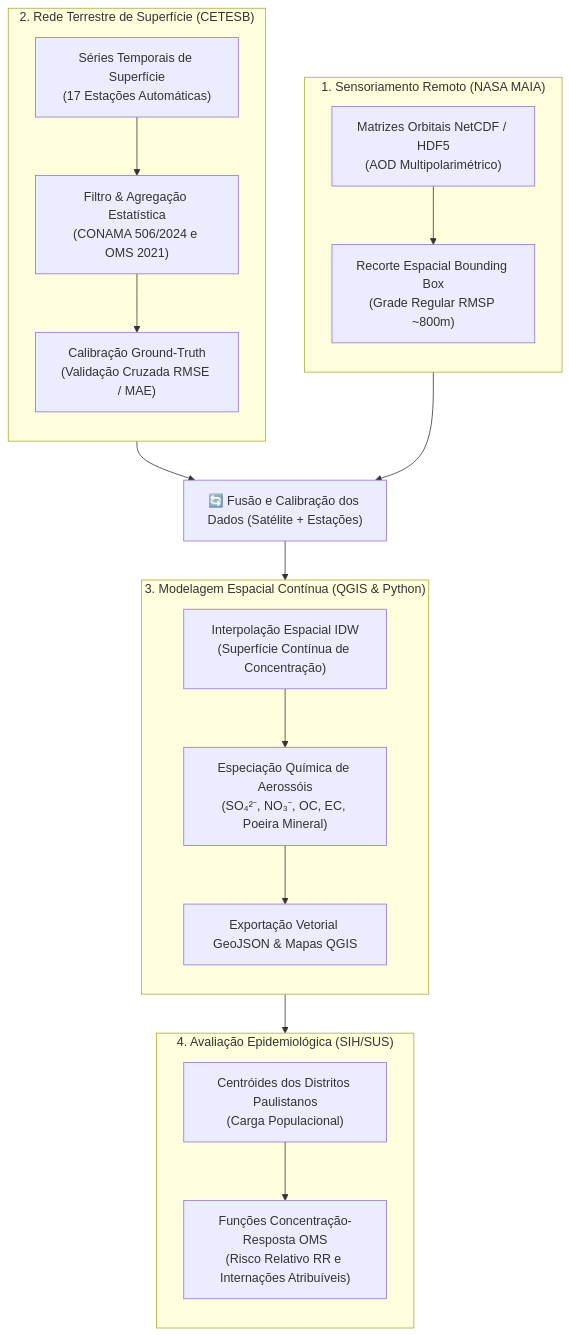
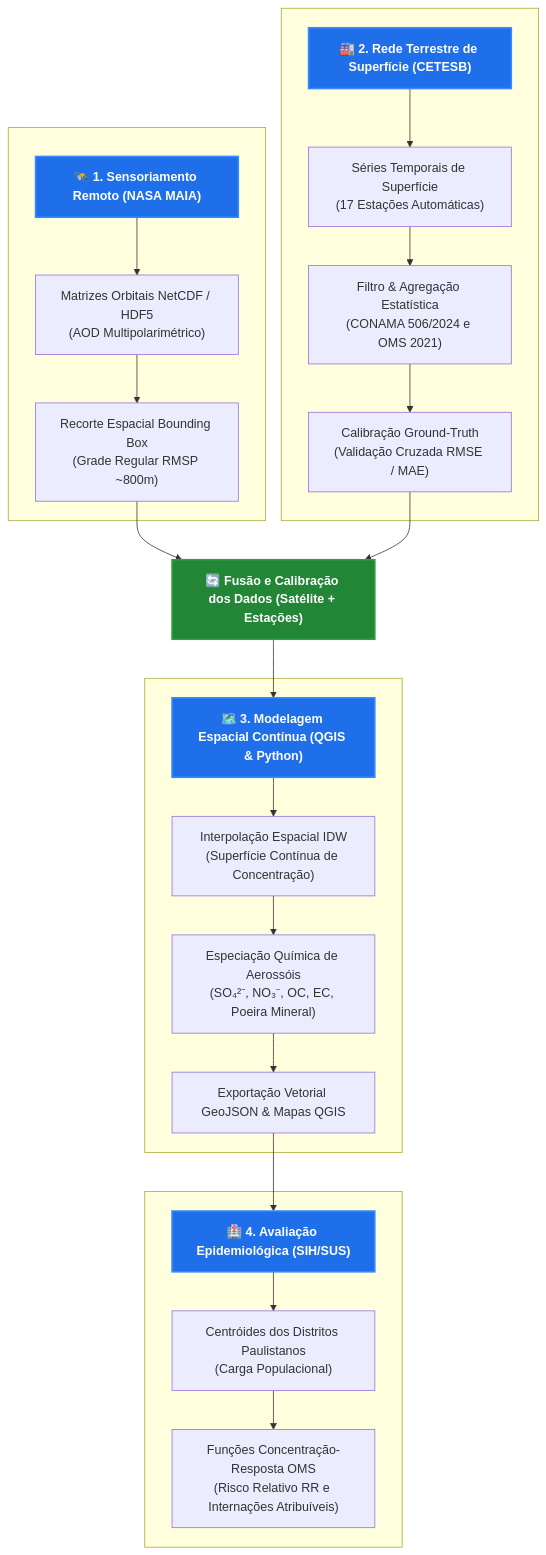
Before and after one commit to f1scher01/cetesb-air-quality-sp: the diagram in README.md, drawn with Mermaid.

Commit message:
fix(diagram): eliminar cruzamento de setas em títulos no diagrama mermaid

````diff
--- a/README.md
+++ b/README.md
@@ -20,39 +20,44 @@
 ```mermaid
 flowchart TD
-    subgraph ETAPA1 ["1. Sensoriamento Remoto (NASA MAIA)"]
-        direction TB
+    subgraph ETAPA1 [" "]
+        H1["🛰️ <b>1. Sensoriamento Remoto (NASA MAIA)</b>"]
         A["Matrizes Orbitais NetCDF / HDF5<br>(AOD Multipolarimétrico)"]
         B["Recorte Espacial Bounding Box<br>(Grade Regular RMSP ~800m)"]
-        A --> B
+        H1 --> A --> B
     end
 
-    subgraph ETAPA2 ["2. Rede Terrestre de Superfície (CETESB)"]
-        direction TB
+    subgraph ETAPA2 [" "]
+        H2["🏭 <b>2. Rede Terrestre de Superfície (CETESB)</b>"]
         C["Séries Temporais de Superfície<br>(17 Estações Automáticas)"]
         D["Filtro & Agregação Estatística<br>(CONAMA 506/2024 e OMS 2021)"]
         E["Calibração Ground-Truth<br>(Validação Cruzada RMSE / MAE)"]
-        C --> D --> E
+        H2 --> C --> D --> E
     end
 
-    B --> FUSAO["🔄 Fusão e Calibração dos Dados (Satélite + Estações)"]
+    B --> FUSAO["🔄 <b>Fusão e Calibração dos Dados (Satélite + Estações)</b>"]
     E --> FUSAO
 
-    subgraph ETAPA3 ["3. Modelagem Espacial Contínua (QGIS & Python)"]
-        direction TB
+    subgraph ETAPA3 [" "]
+        H3["🗺️ <b>3. Modelagem Espacial Contínua (QGIS & Python)</b>"]
         F["Interpolação Espacial IDW<br>(Superfície Contínua de Concentração)"]
         G["Especiação Química de Aerossóis<br>(SO₄²⁻, NO₃⁻, OC, EC, Poeira Mineral)"]
         H["Exportação Vetorial GeoJSON & Mapas QGIS"]
-        F --> G --> H
+        H3 --> F --> G --> H
     end
 
-    FUSAO --> F
+    FUSAO --> H3
 
-    subgraph ETAPA4 ["4. Avaliação Epidemiológica (SIH/SUS)"]
-        direction TB
+    subgraph ETAPA4 [" "]
+        H4["🏥 <b>4. Avaliação Epidemiológica (SIH/SUS)</b>"]
         I["Centróides dos Distritos Paulistanos<br>(Carga Populacional)"]
         J["Funções Concentração-Resposta OMS<br>(Risco Relativo RR e Internações Atribuíveis)"]
-        I --> J
+        H4 --> I --> J
     end
 
-    H --> I
+    H --> H4
+
+    classDef header fill:#1f6feb,stroke:#388bfd,stroke-width:2px,color:#ffffff,font-weight:bold;
+    classDef fusao fill:#238636,stroke:#2ea043,stroke-width:2px,color:#ffffff,font-weight:bold;
+    class H1,H2,H3,H4 header;
+    class FUSAO fusao;
 ```
````
